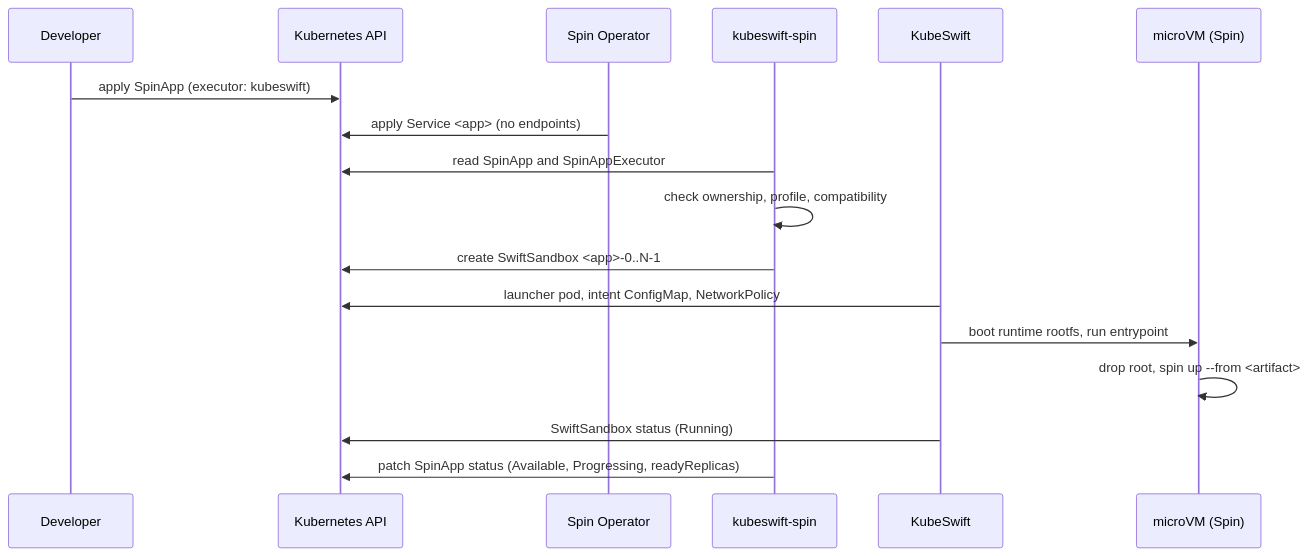
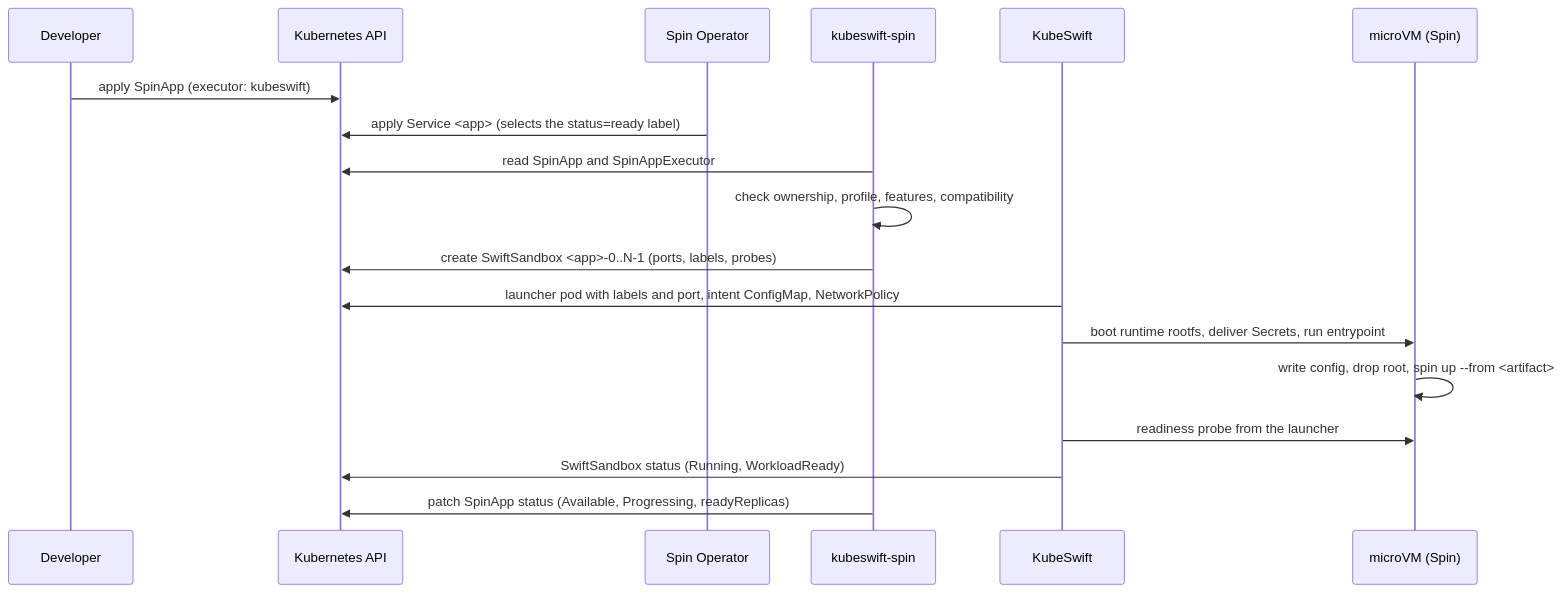
Before and after one commit to kubeswift-io/kubeswift-spin: the first of 7 diagrams in docs/architecture.md, drawn with Mermaid. The commit also changed other lines of this file and 54 other files, not shown here.

````diff
--- a/docs/architecture.md
+++ b/docs/architecture.md
@@ -115,19 +149,20 @@
 ```mermaid
 sequenceDiagram
     participant Dev as Developer
     participant API as Kubernetes API
     participant SO as Spin Operator
     participant KSS as kubeswift-spin
     participant KS as KubeSwift
     participant VM as microVM (Spin)
     Dev->>API: apply SpinApp (executor: kubeswift)
-    SO->>API: apply Service <app> (no endpoints)
+    SO->>API: apply Service <app> (selects the status=ready label)
     KSS->>API: read SpinApp and SpinAppExecutor
-    KSS->>KSS: check ownership, profile, compatibility
-    KSS->>API: create SwiftSandbox <app>-0..N-1
-    KS->>API: launcher pod, intent ConfigMap, NetworkPolicy
-    KS->>VM: boot runtime rootfs, run entrypoint
-    VM->>VM: drop root, spin up --from <artifact>
-    KS->>API: SwiftSandbox status (Running)
+    KSS->>KSS: check ownership, profile, features, compatibility
+    KSS->>API: create SwiftSandbox <app>-0..N-1 (ports, labels, probes)
+    KS->>API: launcher pod with labels and port, intent ConfigMap, NetworkPolicy
+    KS->>VM: boot runtime rootfs, deliver Secrets, run entrypoint
+    VM->>VM: write config, drop root, spin up --from <artifact>
+    KS->>VM: readiness probe from the launcher
+    KS->>API: SwiftSandbox status (Running, WorkloadReady)
     KSS->>API: patch SpinApp status (Available, Progressing, readyReplicas)
 ```
````
